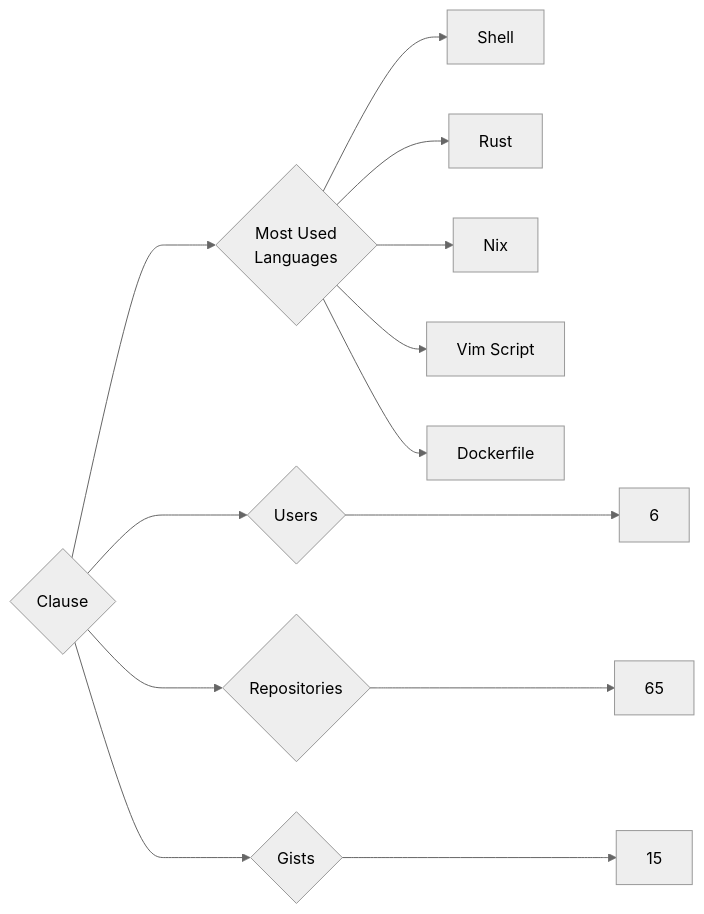
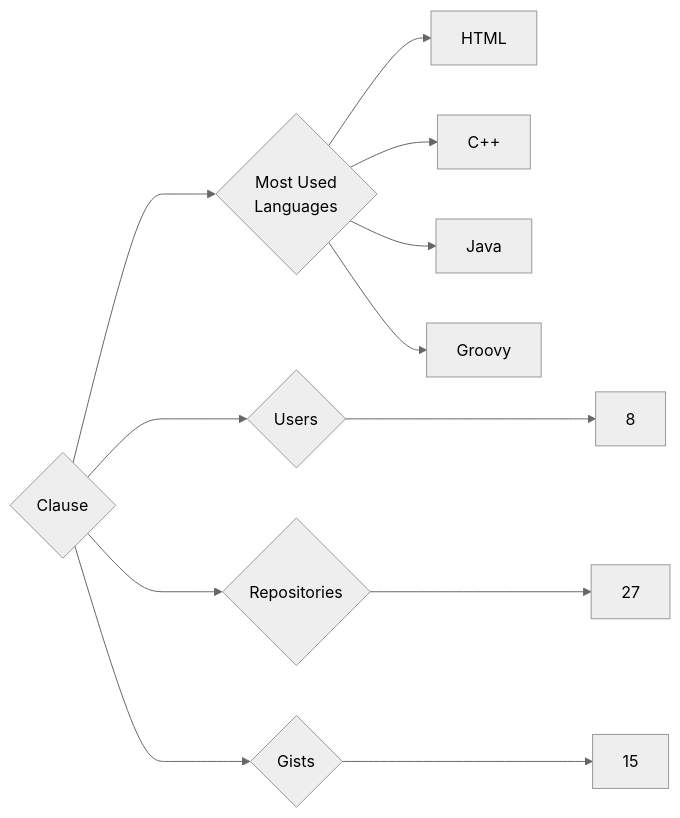
Before and after one commit to trickest/insiders: the diagram in targets/Clause/README.md, drawn with Mermaid (neutral theme). The commit also changed 857 other files, not shown here.

````diff
--- a/targets/Clause/README.md
+++ b/targets/Clause/README.md
@@ -3,13 +3,12 @@
 ```mermaid
 graph LR
 COMPANY_NAME{Clause}
-COMPANY_NAME ---> U{Users} ---> UN[6]
-COMPANY_NAME ---> R{Repositories} ---> RN[65]
+COMPANY_NAME ---> U{Users} ---> UN[8]
+COMPANY_NAME ---> R{Repositories} ---> RN[27]
 COMPANY_NAME ---> G{Gists} ---> GN[15]
 COMPANY_NAME ---> ML{Most Used<br>Languages}
-ML --> Shell[Shell]
-ML --> Rust[Rust]
-ML --> Nix[Nix]
-ML --> Vim_Script[Vim Script]
-ML --> Dockerfile[Dockerfile]
+ML --> HTML[HTML]
+ML --> C++[C++]
+ML --> Java[Java]
+ML --> Groovy[Groovy]
 ```
````
